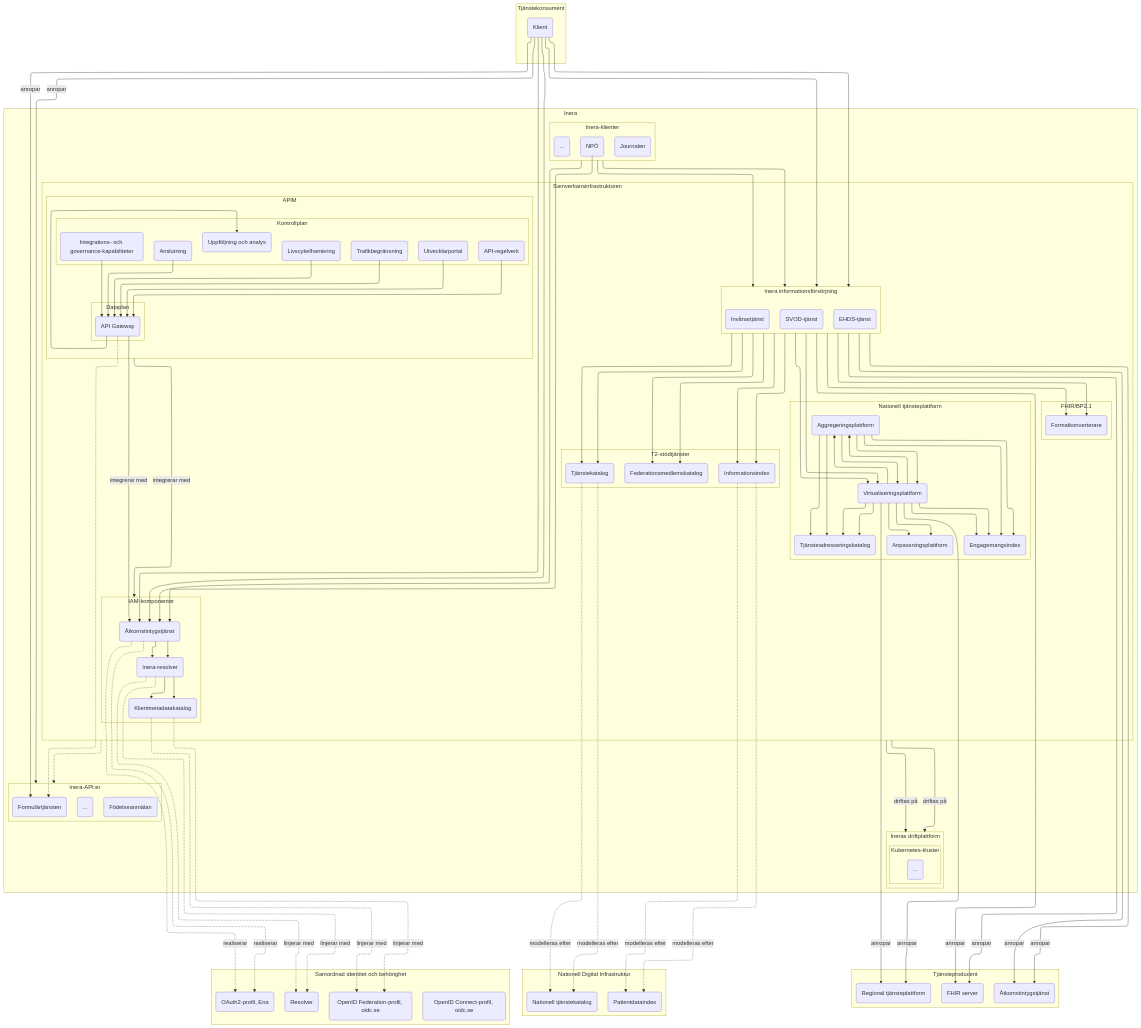
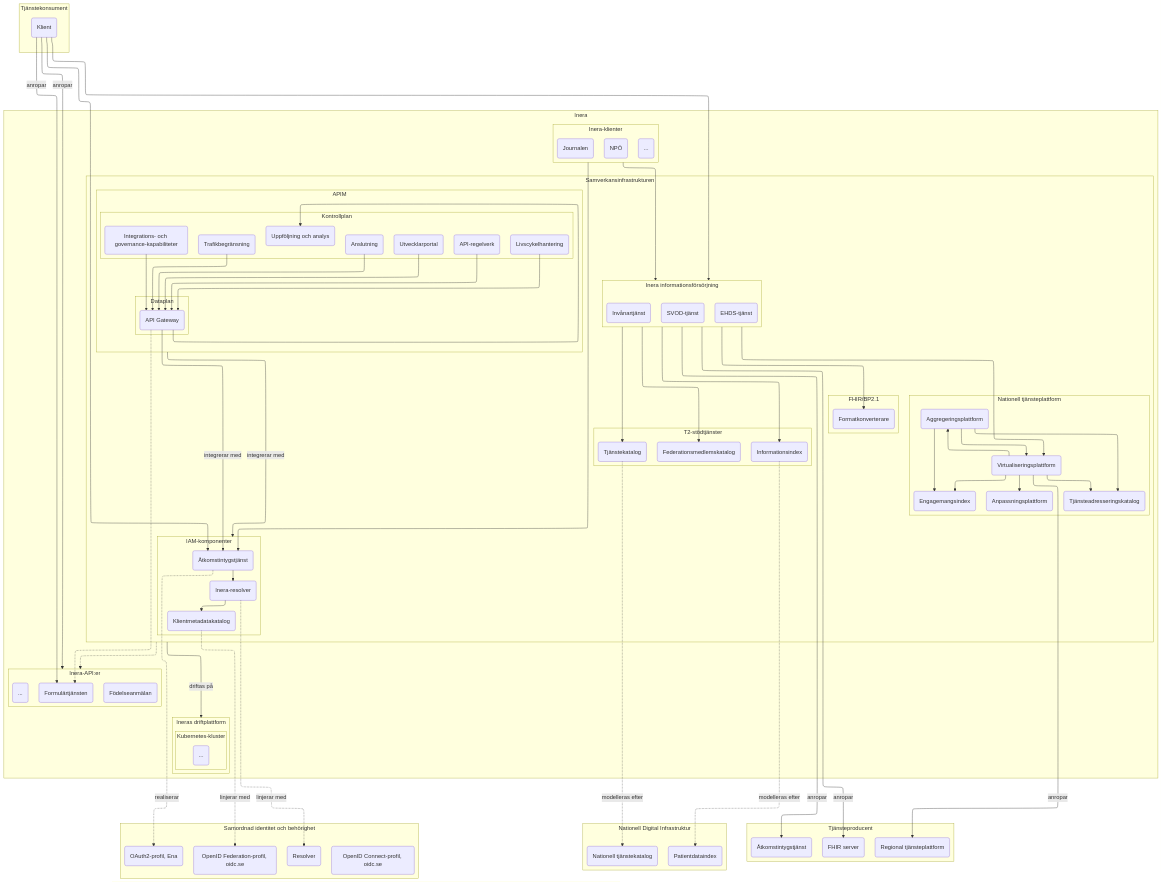
One commit to anders-malmros-inera/t2mmd changed the diagram in T2-krav/test.md. Above: the diagram before and after it, drawn with Mermaid.

Commit message:
Remove redundant flowchart connections in test.md for improved clarity

```diff
--- a/T2-krav/test.md
+++ b/T2-krav/test.md
@@ -134,33 +134,6 @@
 apim -- "integrerar med" --> siiam
 
 
-sias -. "realiserar" .-> o2
-sitk -. "modelleras efter" .-> ntk
-siii -. "modelleras efter" .-> pdi
-sikk -. "linjerar med" .-> of
-sir -. "linjerar med" .-> res
-sias --> sir
-sir --> sikk
-ag --> vp
-ag --> ei
-ag --> tak
-vp --> anp
-vp --> ag
-vp --> ei
-vp --> tak
-siit --> vp
-siit --> siii
-siit --> sifk
-siit --> sifmk
-siit --> sitk
-vp -- "anropar" --> tprtp
-si -- "driftas på" --> drift
-tkc --> siit
-itk --> siit
-siit -- "anropar" --> tpas
-siit -- "anropar" --> tpfs
-tkc --> sias
-npo --> sias
 tkc -- "anropar" --> formular
 gw -.-> formular
 gw -- "integrerar med" --> sias
```
